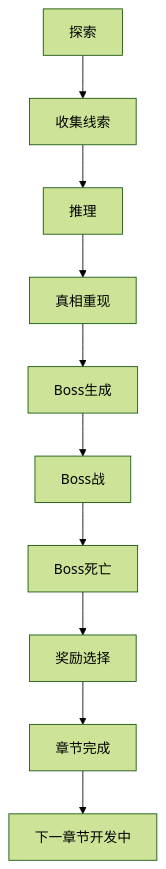
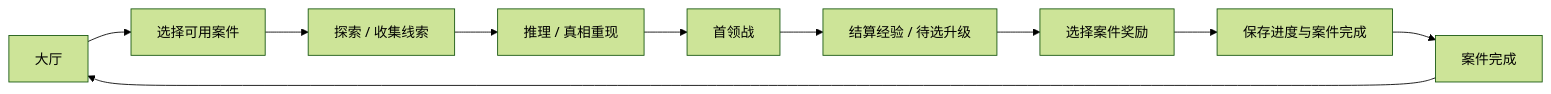
The diagram in Docs/GameplayLoop.md (Vaenix/LostCity), drawn with Mermaid (forest theme) before and after one commit. The commit also changed other lines of this file and 160 other files, not shown here.

Commit message:
feat: complete meta hub and persistent case flow

````diff
--- a/Docs/GameplayLoop.md
+++ b/Docs/GameplayLoop.md
@@ -5,23 +5,12 @@
 ```mermaid
-flowchart TD
-    Explore["探索"]
-    Collect["收集线索"]
-    Deduce["推理"]
-    Truth["真相重现"]
-    BossSpawn["Boss生成"]
-    BossFight["Boss战"]
-    BossDeath["Boss死亡"]
-    Reward["奖励选择"]
-    Complete["章节完成"]
-    Next["下一章节开发中"]
-
-    Explore --> Collect
-    Collect --> Deduce
-    Deduce --> Truth
-    Truth --> BossSpawn
-    BossSpawn --> BossFight
-    BossFight --> BossDeath
-    BossDeath --> Reward
-    Reward --> Complete
-    Complete --> Next
+flowchart LR
+    Hub["大厅"] --> Select["选择可用案件"]
+    Select --> Explore["探索 / 收集线索"]
+    Explore --> Deduce["推理 / 真相重现"]
+    Deduce --> Boss["首领战"]
+    Boss --> Upgrades["结算经验 / 待选升级"]
+    Upgrades --> Reward["选择案件奖励"]
+    Reward --> Save["保存进度与案件完成"]
+    Save --> Complete["案件完成"]
+    Complete --> Hub
 ```
````
